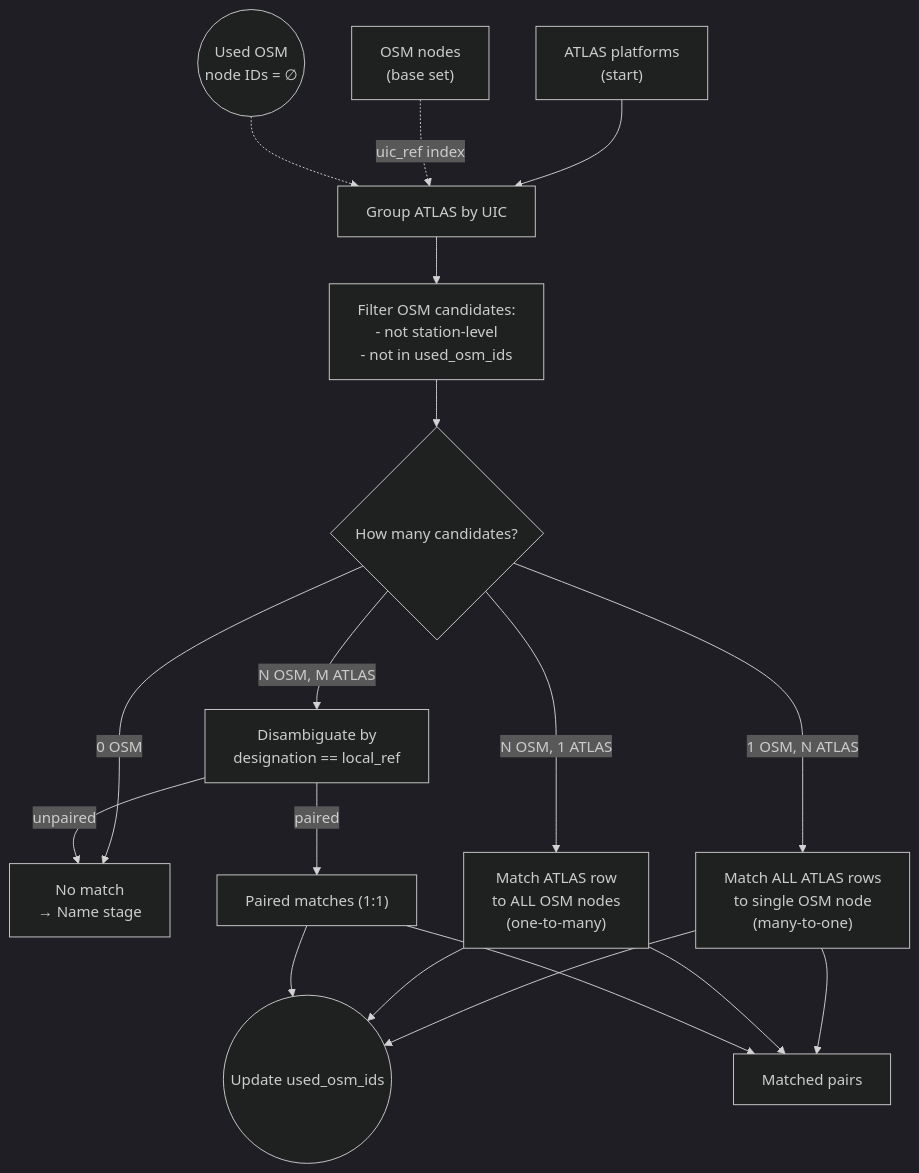
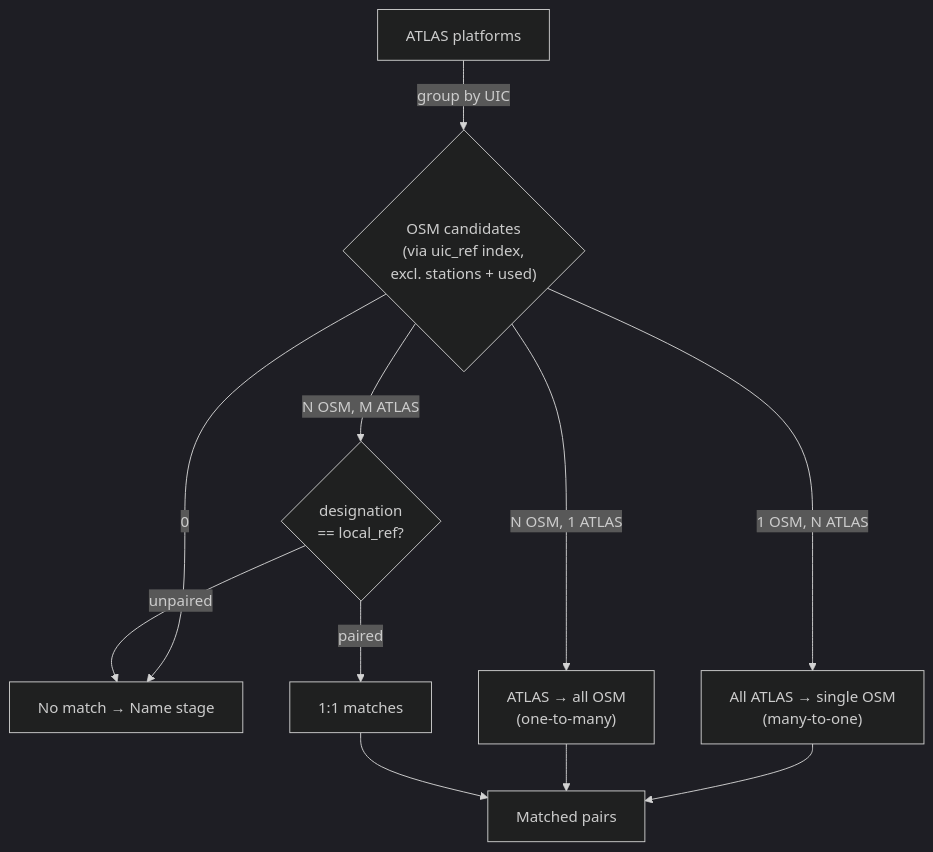
One commit to openTdataCH/stop_sync_osm_atlas changed the diagram in documentation/2.1 Exact matching.md. Above: the diagram before and after it, drawn with Mermaid (dark theme). The commit also changed 39 other files, not shown here.

````diff
--- a/documentation/2.1 Exact matching.md
+++ b/documentation/2.1 Exact matching.md
@@ -5,30 +5,13 @@
 ```mermaid
 flowchart TB
-    %% ===== INPUTS (first stage) =====
-    IN["ATLAS platforms<br/>(start)"]
-    OSM["OSM nodes<br/>(base set)"]
-    U(("Used OSM<br/>node IDs = ∅"))
+    IN["ATLAS platforms"] -->|group by UIC| C{"OSM candidates<br/>(via uic_ref index,<br/>excl. stations + used)"}
 
-    IN --> G["Group ATLAS by UIC"]
-    OSM -.-> |"uic_ref index"| G
-    U -.-> G
-
-    G --> F["Filter OSM candidates:<br/>- not station-level<br/>- not in used_osm_ids"]
-    F --> C{"How many candidates?"}
-
-    C -->|0 OSM| X["No match<br/>→ Name stage"]
-    C -->|1 OSM, N ATLAS| M1["Match ALL ATLAS rows<br/>to single OSM node<br/>(many-to-one)"]
-    C -->|N OSM, 1 ATLAS| M2["Match ATLAS row<br/>to ALL OSM nodes<br/>(one-to-many)"]
-    C -->|N OSM, M ATLAS| D["Disambiguate by<br/>designation == local_ref"]
-
-    D -->|paired| M3["Paired matches (1:1)"]
+    C -->|0| X["No match → Name stage"]
+    C -->|"1 OSM, N ATLAS"| M1["All ATLAS → single OSM<br/>(many-to-one)"]
+    C -->|"N OSM, 1 ATLAS"| M2["ATLAS → all OSM<br/>(one-to-many)"]
+    C -->|"N OSM, M ATLAS"| D{"designation<br/>== local_ref?"}
+    D -->|paired| M3["1:1 matches"]
     D -->|unpaired| X
 
-    M1 --> U2(("Update used_osm_ids"))
-    M2 --> U2
-    M3 --> U2
-
-    M1 --> OUT["Matched pairs"]
-    M2 --> OUT
-    M3 --> OUT
+    M1 & M2 & M3 --> OUT["Matched pairs"]
 ```
````
